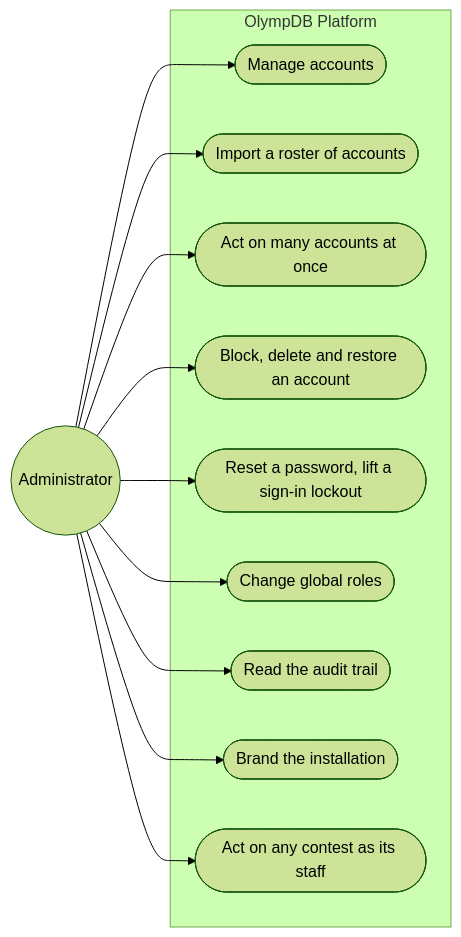
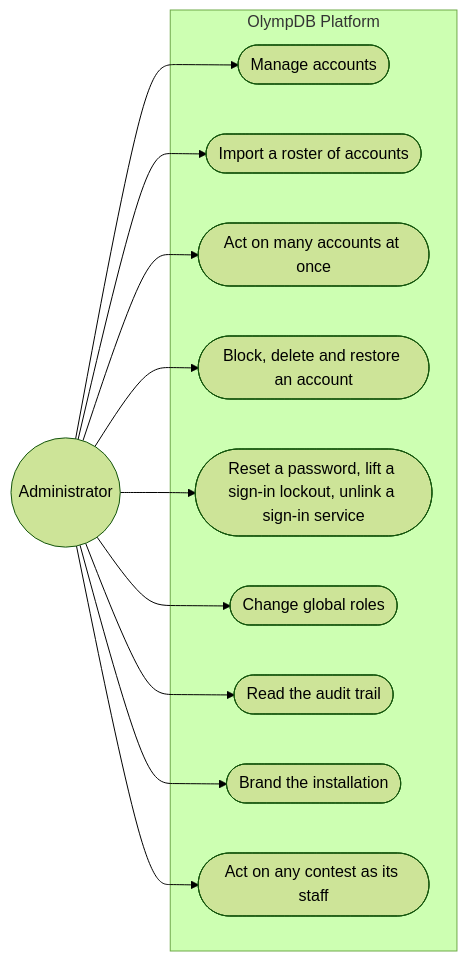
The sixth of 7 diagrams in docs/guide/02-use-cases.md (devrdn/olymp-db-platform), drawn with Mermaid (forest theme) before and after one commit. The commit also changed 17 other files, not shown here.

First line of the commit message:
feat(frontend): list an account's sign-in services and unlink one

````diff
--- a/docs/guide/02-use-cases.md
+++ b/docs/guide/02-use-cases.md
@@ -369,24 +369,24 @@
 ```mermaid
 flowchart LR
     admin(("Administrator"))
     subgraph system["OlympDB Platform"]
         uc1(["Manage accounts"])
         uc2(["Import a roster of accounts"])
         uc3(["Act on many accounts at once"])
         uc4(["Block, delete and restore an account"])
-        uc5(["Reset a password, lift a sign-in lockout"])
+        uc5(["Reset a password, lift a sign-in lockout, unlink a sign-in service"])
         uc6(["Change global roles"])
         uc7(["Read the audit trail"])
         uc8(["Brand the installation"])
         uc9(["Act on any contest as its staff"])
     end
     admin --> uc1
     admin --> uc2
     admin --> uc3
     admin --> uc4
     admin --> uc5
     admin --> uc6
     admin --> uc7
     admin --> uc8
     admin --> uc9
 ```
````
